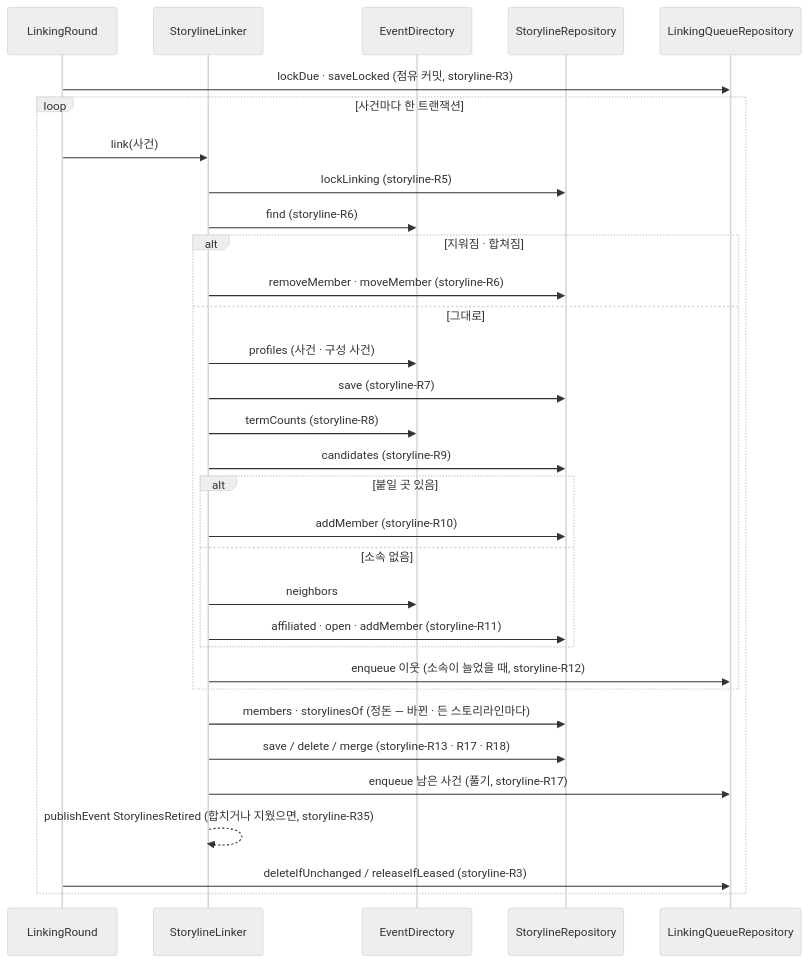
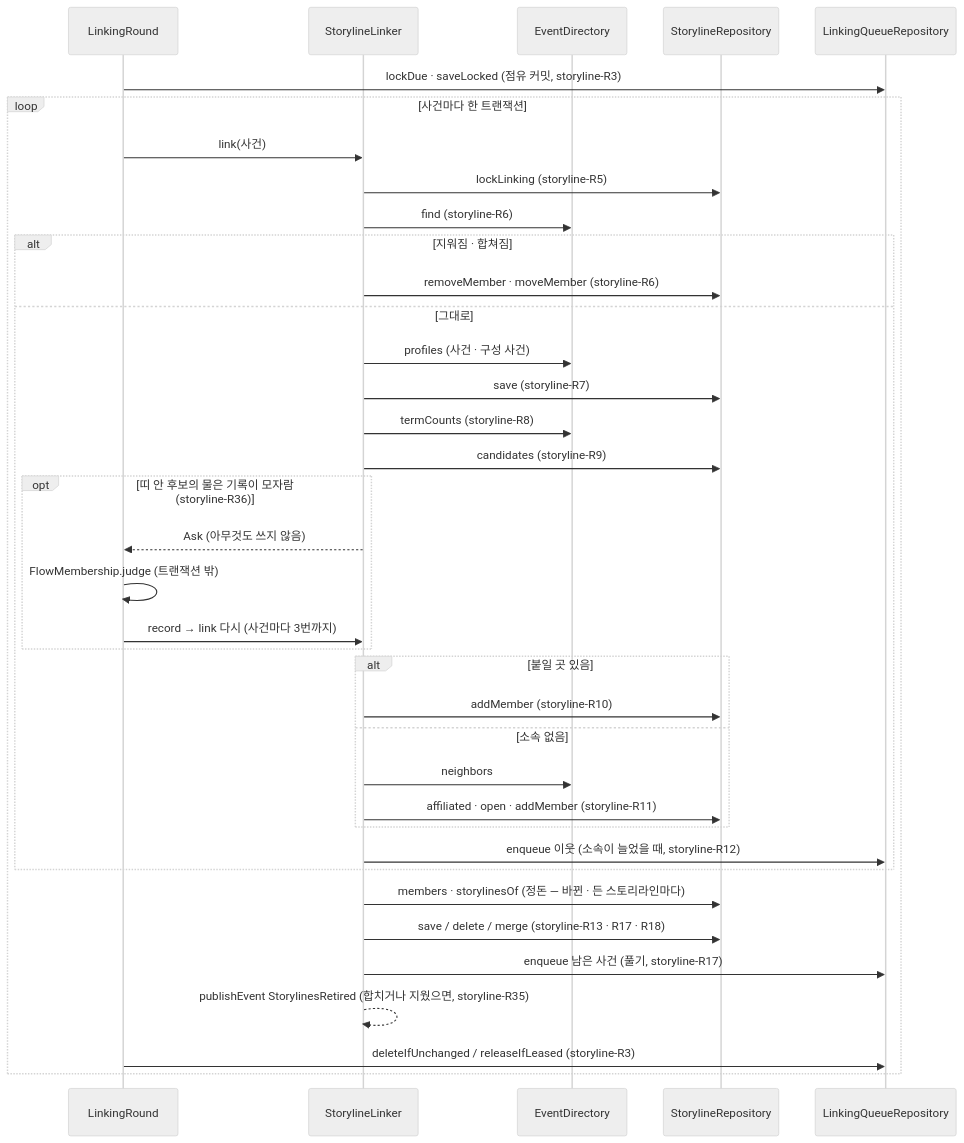
Before and after one commit to Theia0382/yozm-news: the diagram in docs/specs/storyline.md, drawn with Mermaid (neutral theme). The commit also changed other lines of this file and 21 other files, not shown here.

````diff
--- a/docs/specs/storyline.md
+++ b/docs/specs/storyline.md
@@ -332,34 +340,39 @@
 ```mermaid
 sequenceDiagram
     participant R as LinkingRound
     participant L as StorylineLinker
     participant D as EventDirectory
     participant S as StorylineRepository
     participant Q as LinkingQueueRepository
     R->>Q: lockDue · saveLocked (점유 커밋, storyline-R3)
     loop 사건마다 한 트랜잭션
         R->>L: link(사건)
         L->>S: lockLinking (storyline-R5)
         L->>D: find (storyline-R6)
         alt 지워짐 · 합쳐짐
             L->>S: removeMember · moveMember (storyline-R6)
         else 그대로
             L->>D: profiles (사건 · 구성 사건)
             L->>S: save (storyline-R7)
             L->>D: termCounts (storyline-R8)
             L->>S: candidates (storyline-R9)
+            opt 띠 안 후보의 물은 기록이 모자람 (storyline-R36)
+                L-->>R: Ask (아무것도 쓰지 않음)
+                R->>R: FlowMembership.judge (트랜잭션 밖)
+                R->>L: record → link 다시 (사건마다 3번까지)
+            end
             alt 붙일 곳 있음
                 L->>S: addMember (storyline-R10)
             else 소속 없음
                 L->>D: neighbors
                 L->>S: affiliated · open · addMember (storyline-R11)
             end
             L->>Q: enqueue 이웃 (소속이 늘었을 때, storyline-R12)
         end
         L->>S: members · storylinesOf (정돈 — 바뀐 · 든 스토리라인마다)
         L->>S: save / delete / merge (storyline-R13 · R17 · R18)
         L->>Q: enqueue 남은 사건 (풀기, storyline-R17)
         L-->>L: publishEvent StorylinesRetired (합치거나 지웠으면, storyline-R35)
         R->>Q: deleteIfUnchanged / releaseIfLeased (storyline-R3)
     end
 ```
````
